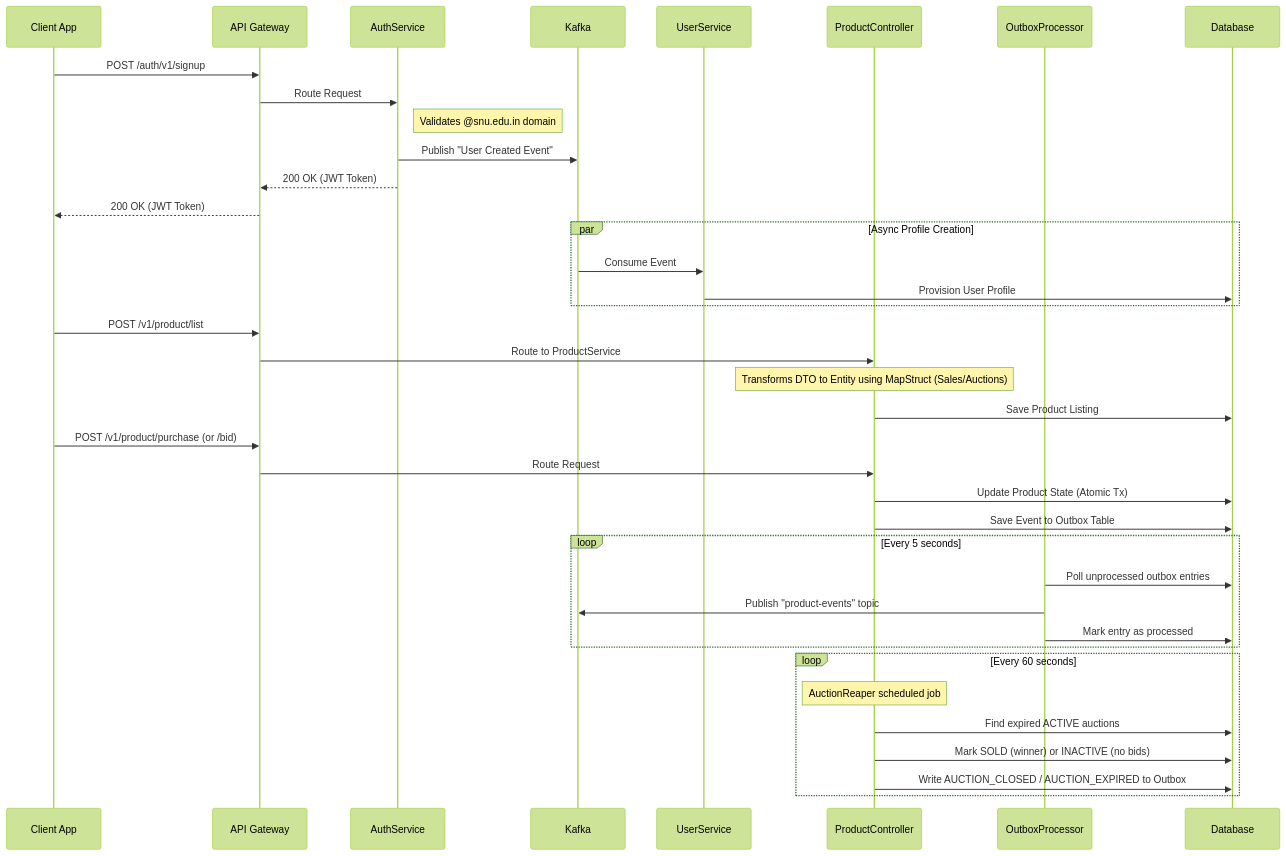
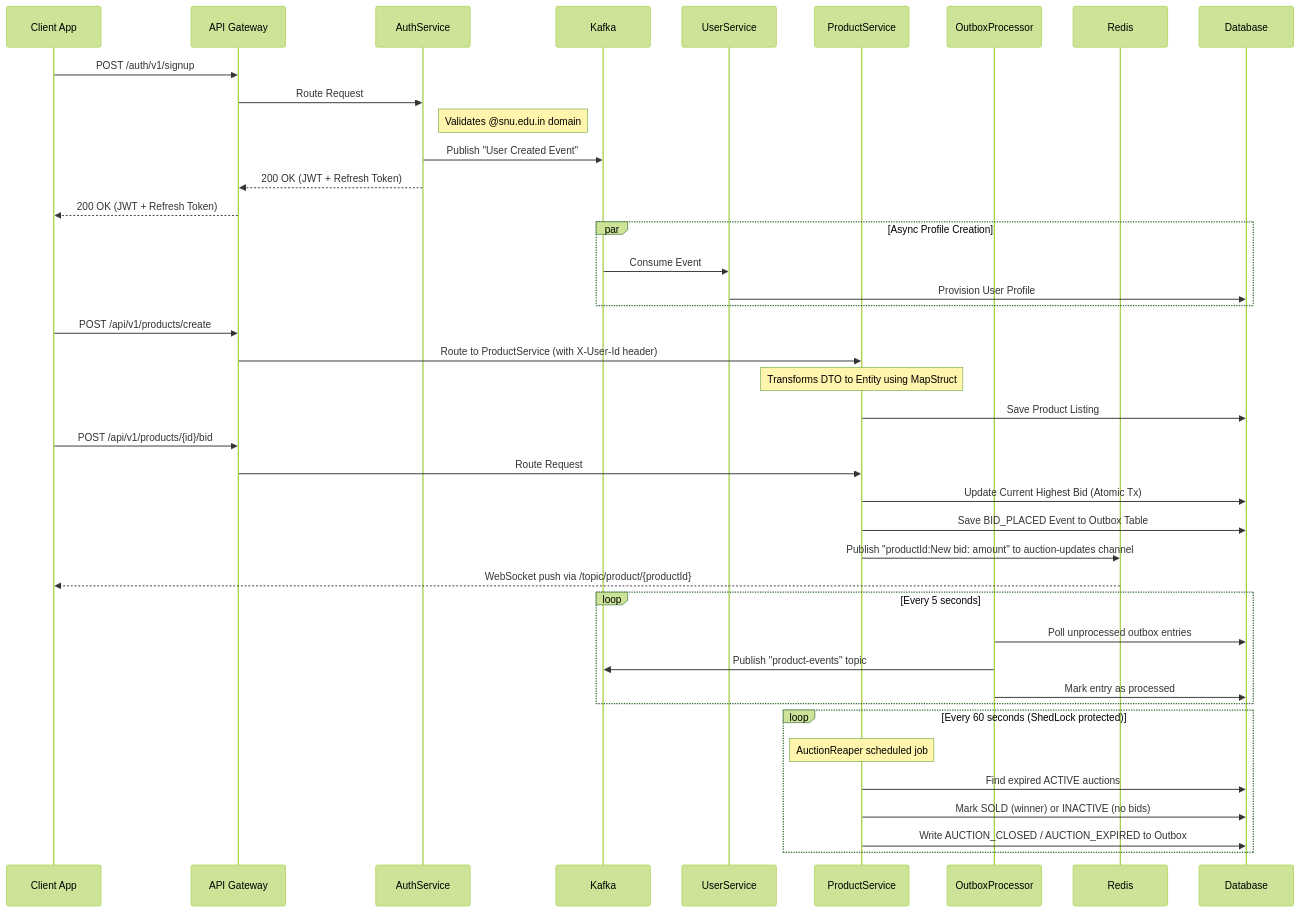
One commit to Arnav05-cyber/AuctionU changed the diagram in README.md. Above: the diagram before and after it, drawn with Mermaid (forest theme). The commit also changed other lines of this file and 8 other files, not shown here.

Commit message:
feat(productService): add WebSocket real-time bidding, Redis Pub/Sub, and ShedLock distributed scheduling

````diff
--- a/README.md
+++ b/README.md
@@ -9,46 +9,49 @@
 ```mermaid
 sequenceDiagram
     participant App as Client App
     participant Gateway as API Gateway
     participant AuthService
     participant Kafka
     participant UserService
-    participant ProductController as ProductController
+    participant ProductService as ProductService
     participant OutboxProcessor
+    participant Redis
     participant Database
 
     App->>Gateway: POST /auth/v1/signup 
     Gateway->>AuthService: Route Request
     Note right of AuthService: Validates @snu.edu.in domain
     AuthService->>Kafka: Publish "User Created Event"
-    AuthService-->>Gateway: 200 OK (JWT Token)
-    Gateway-->>App: 200 OK (JWT Token)
+    AuthService-->>Gateway: 200 OK (JWT + Refresh Token)
+    Gateway-->>App: 200 OK (JWT + Refresh Token)
 
     par Async Profile Creation
         Kafka->>UserService: Consume Event
         UserService->>Database: Provision User Profile
     end
 
-    App->>Gateway: POST /v1/product/list
-    Gateway->>ProductController: Route to ProductService
-    Note over ProductController: Transforms DTO to Entity using MapStruct (Sales/Auctions)
-    ProductController->>Database: Save Product Listing
+    App->>Gateway: POST /api/v1/products/create
+    Gateway->>ProductService: Route to ProductService (with X-User-Id header)
+    Note over ProductService: Transforms DTO to Entity using MapStruct
+    ProductService->>Database: Save Product Listing
 
-    App->>Gateway: POST /v1/product/purchase (or /bid)
-    Gateway->>ProductController: Route Request
-    ProductController->>Database: Update Product State (Atomic Tx)
-    ProductController->>Database: Save Event to Outbox Table
+    App->>Gateway: POST /api/v1/products/{id}/bid
+    Gateway->>ProductService: Route Request
+    ProductService->>Database: Update Current Highest Bid (Atomic Tx)
+    ProductService->>Database: Save BID_PLACED Event to Outbox Table
+    ProductService->>Redis: Publish "productId:New bid: amount" to auction-updates channel
+    Redis-->>App: WebSocket push via /topic/product/{productId}
 
     loop Every 5 seconds
         OutboxProcessor->>Database: Poll unprocessed outbox entries
         OutboxProcessor->>Kafka: Publish "product-events" topic
         OutboxProcessor->>Database: Mark entry as processed
     end
 
-    loop Every 60 seconds
-        Note over ProductController: AuctionReaper scheduled job
-        ProductController->>Database: Find expired ACTIVE auctions
-        ProductController->>Database: Mark SOLD (winner) or INACTIVE (no bids)
-        ProductController->>Database: Write AUCTION_CLOSED / AUCTION_EXPIRED to Outbox
+    loop Every 60 seconds (ShedLock protected)
+        Note over ProductService: AuctionReaper scheduled job
+        ProductService->>Database: Find expired ACTIVE auctions
+        ProductService->>Database: Mark SOLD (winner) or INACTIVE (no bids)
+        ProductService->>Database: Write AUCTION_CLOSED / AUCTION_EXPIRED to Outbox
     end
 ```
````
